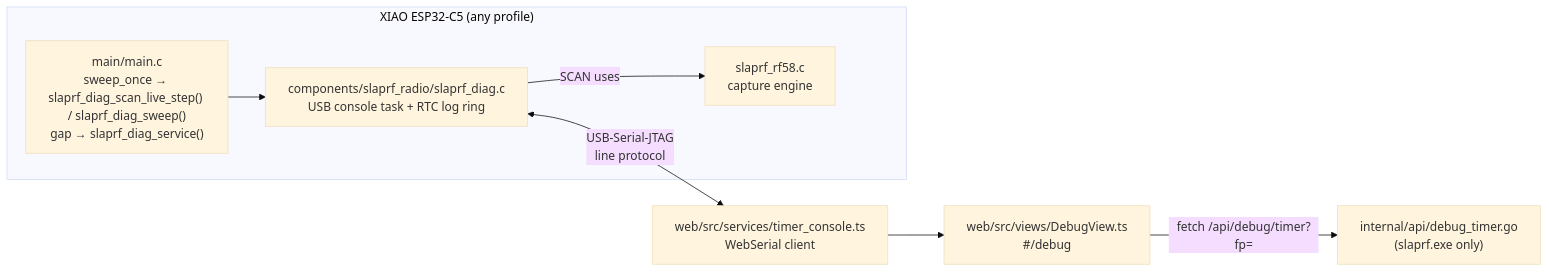
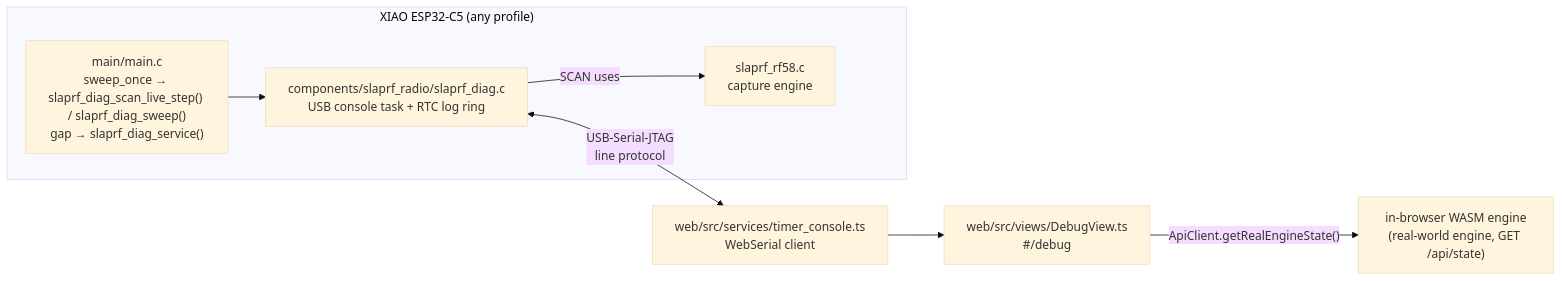
The diagram in docs/DEBUG_PAGE.md (kaack/SlapRF), drawn with Mermaid (base theme) before and after one commit. The commit also changed other lines of this file and 82 other files, not shown here.

First line of the commit message:
WIP: browser-only app, LiveTime relay, IndexedDB, offline PWA, Hub-at-gate, 100 Hz low-latency firmware

````diff
--- a/docs/DEBUG_PAGE.md
+++ b/docs/DEBUG_PAGE.md
@@ -20,13 +20,13 @@
 ```mermaid
 flowchart LR
   subgraph Timer["XIAO ESP32-C5 (any profile)"]
     MAIN["main/main.c<br/>sweep_once → slaprf_diag_scan_live_step() / slaprf_diag_sweep()<br/>gap → slaprf_diag_service()"]
     DIAG["components/slaprf_radio/slaprf_diag.c<br/>USB console task + RTC log ring"]
     RF["slaprf_rf58.c<br/>capture engine"]
     MAIN --> DIAG
     DIAG -- "SCAN uses" --> RF
   end
   DIAG <-- "USB-Serial-JTAG<br/>line protocol" --> TC["web/src/services/timer_console.ts<br/>WebSerial client"]
   TC --> DV["web/src/views/DebugView.ts<br/>#/debug"]
-  DV -- "fetch /api/debug/timer?fp=" --> SRV["internal/api/debug_timer.go<br/>(slaprf.exe only)"]
+  DV -- "ApiClient.getRealEngineState()" --> ENG["in-browser WASM engine<br/>(real-world engine, GET /api/state)"]
 ```
````
